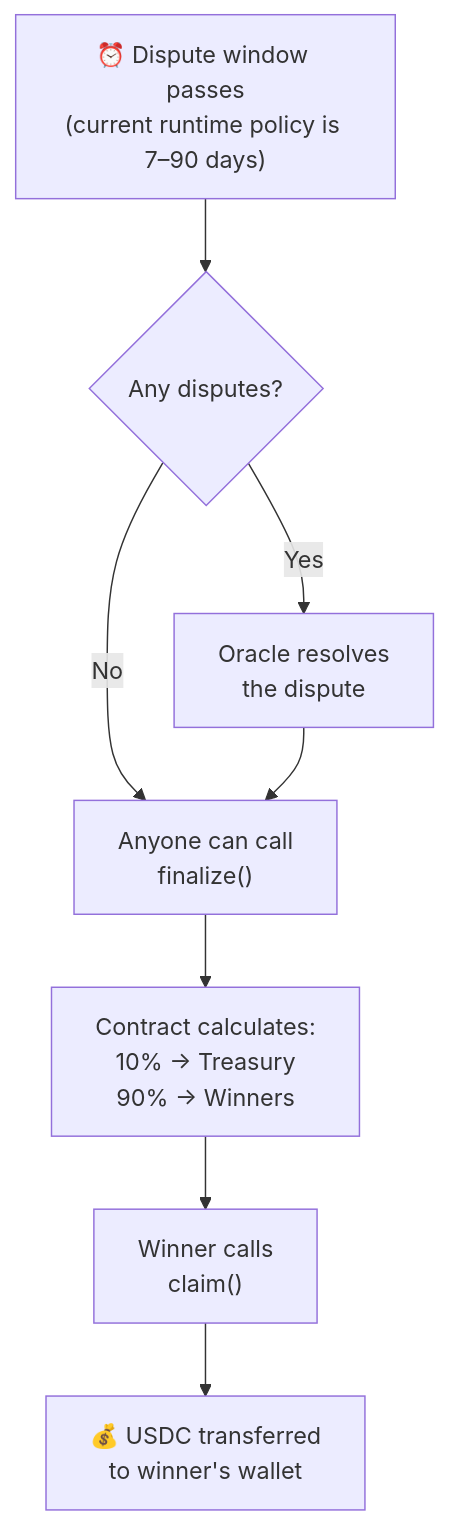
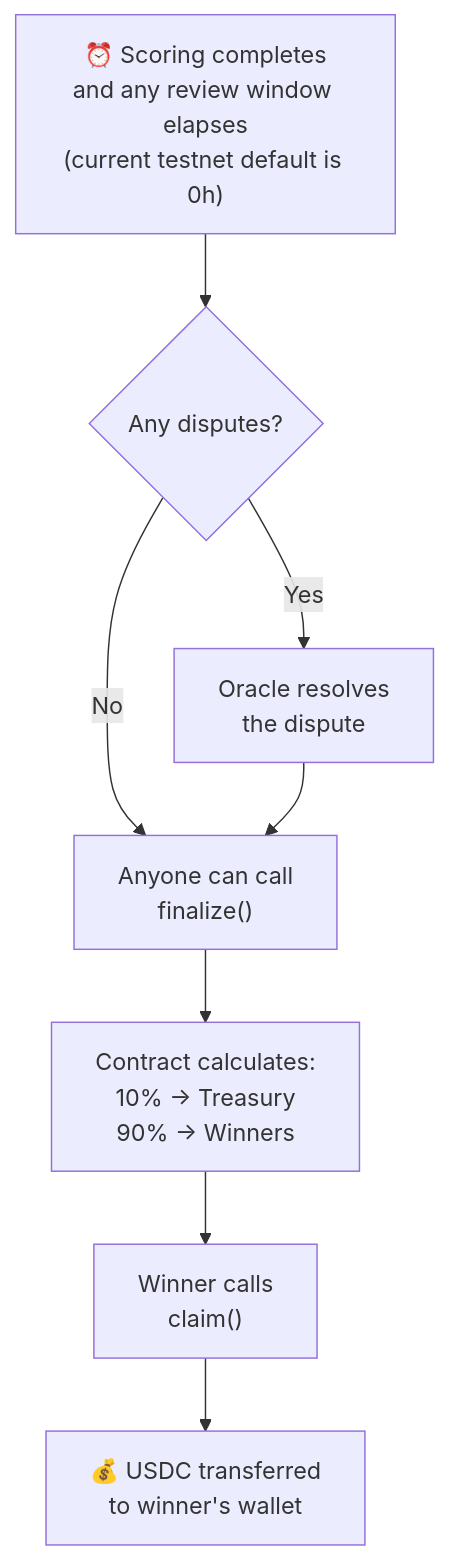
Before and after one commit to andymolecule/Hermes: the sixth of 10 diagrams in docs/product.md, drawn with Mermaid. The commit also changed other lines of this file and 23 other files, not shown here.

Commit message:
testnet: default challenges to zero-hour dispute windows

````diff
--- a/docs/product.md
+++ b/docs/product.md
@@ -132,10 +132,10 @@
 ```mermaid
 flowchart TB
-    A["⏰ Dispute window passes<br/>(current runtime policy is 7–90 days)"] --> B{"Any disputes?"}
+    A["⏰ Scoring completes<br/>and any review window elapses<br/>(current testnet default is 0h)"] --> B{"Any disputes?"}
     B -->|No| C["Anyone can call<br/>finalize()"]
     B -->|Yes| D["Oracle resolves<br/>the dispute"]
     D --> C
     C --> E["Contract calculates:<br/>10% → Treasury<br/>90% → Winners"]
     E --> F["Winner calls<br/>claim()"]
     F --> G["💰 USDC transferred<br/>to winner's wallet"]
 ```
````
